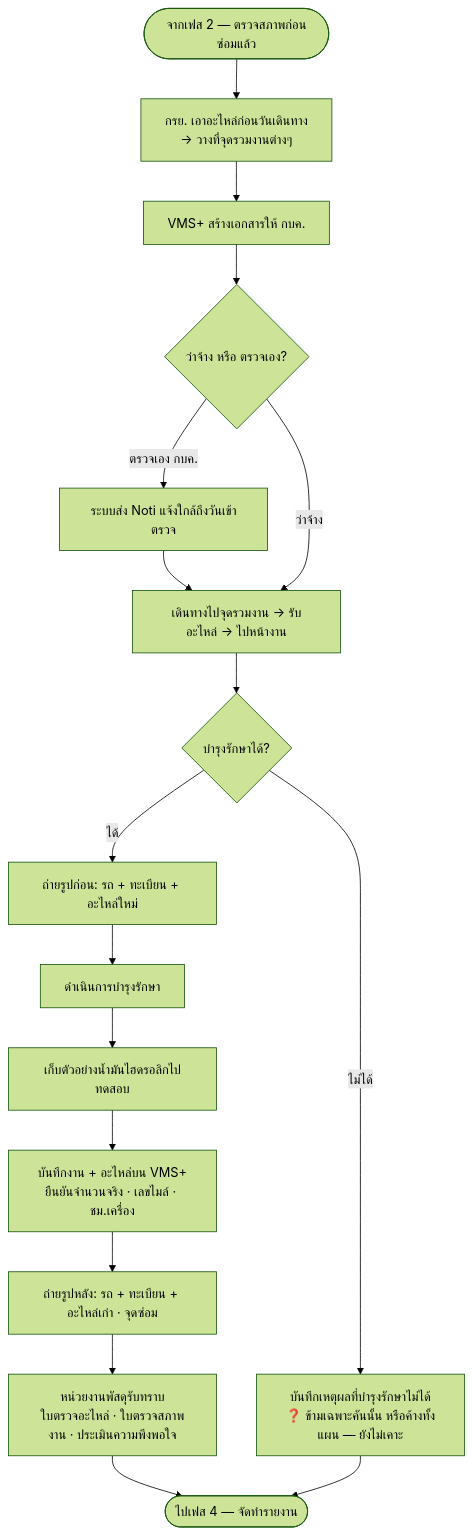
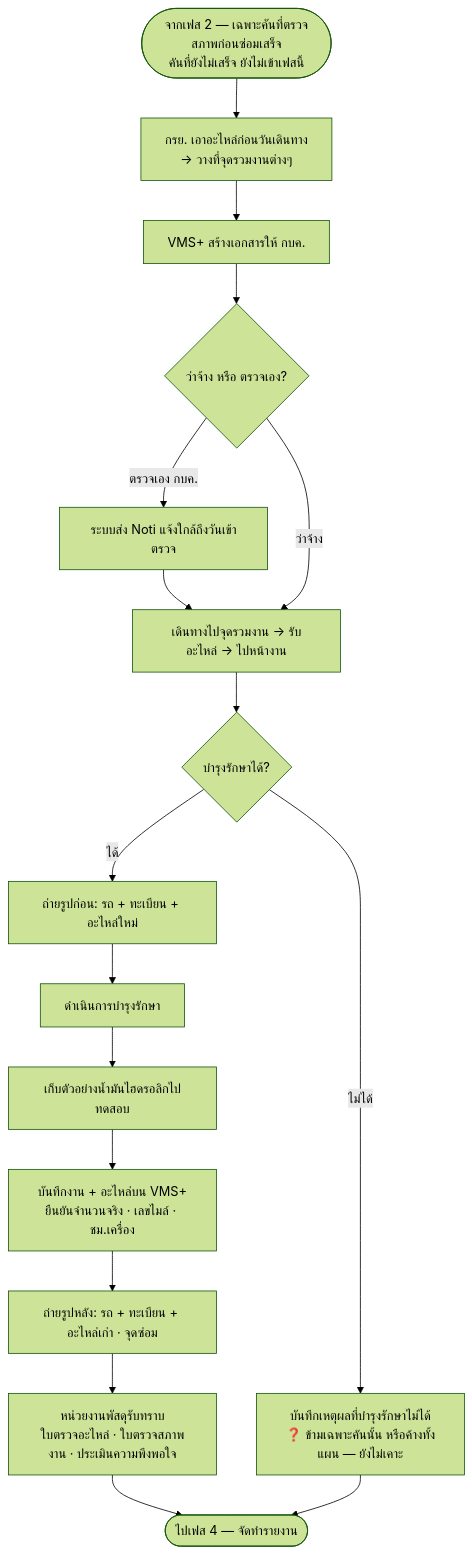
Before and after one commit to anugmail/Maintenance-Request-Form: the diagram in Diagram/01-บำรุงรักษาตามวาระ/03-เฟส2-ดำเนินการบำรุงรักษา.md, drawn with Mermaid (forest theme). The commit also changed other lines of this file and 9 other files, not shown here.

````diff
--- a/Diagram/01-บำรุงรักษาตามวาระ/03-เฟส2-ดำเนินการบำรุงรักษา.md
+++ b/Diagram/01-บำรุงรักษาตามวาระ/03-เฟส2-ดำเนินการบำรุงรักษา.md
@@ -12,19 +18,19 @@
 ```mermaid
 flowchart TB
-    S([จากเฟส 2 — ตรวจสภาพก่อนซ่อมแล้ว]) --> P[กรย. เอาอะไหล่ก่อนวันเดินทาง<br/>→ วางที่จุดรวมงานต่างๆ]
+    S([จากเฟส 2 — เฉพาะคันที่ตรวจสภาพก่อนซ่อมเสร็จ<br/>คันที่ยังไม่เสร็จ ยังไม่เข้าเฟสนี้]) --> P[กรย. เอาอะไหล่ก่อนวันเดินทาง<br/>→ วางที่จุดรวมงานต่างๆ]
     P --> Q[VMS+ สร้างเอกสารให้ กบค.]
     Q --> D{ว่าจ้าง หรือ ตรวจเอง?}
     D -->|ตรวจเอง กบค.| N0[ระบบส่ง Noti แจ้งใกล้ถึงวันเข้าตรวจ]
     N0 --> R[เดินทางไปจุดรวมงาน → รับอะไหล่ → ไปหน้างาน]
     D -->|ว่าจ้าง| R
     R --> DEC{บำรุงรักษาได้?}
     DEC -->|ไม่ได้| X["บันทึกเหตุผลที่บำรุงรักษาไม่ได้<br/>❓ ข้ามเฉพาะคันนั้น หรือค้างทั้งแผน — ยังไม่เคาะ"]
     DEC -->|ได้| C1[ถ่ายรูปก่อน: รถ + ทะเบียน + อะไหล่ใหม่]
     C1 --> C2[ดำเนินการบำรุงรักษา]
     C2 --> C3[เก็บตัวอย่างน้ำมันไฮดรอลิกไปทดสอบ]
     C3 --> C4[บันทึกงาน + อะไหล่บน VMS+<br/>ยืนยันจำนวนจริง · เลขไมล์ · ชม.เครื่อง]
     C4 --> C5[ถ่ายรูปหลัง: รถ + ทะเบียน + อะไหล่เก่า · จุดซ่อม]
     C5 --> C6[หน่วยงานพัสดุรับทราบ<br/>ใบตรวจอะไหล่ · ใบตรวจสภาพงาน · ประเมินความพึงพอใจ]
     C6 --> E([ไปเฟส 4 — จัดทำรายงาน])
     X --> E
 ```
````
